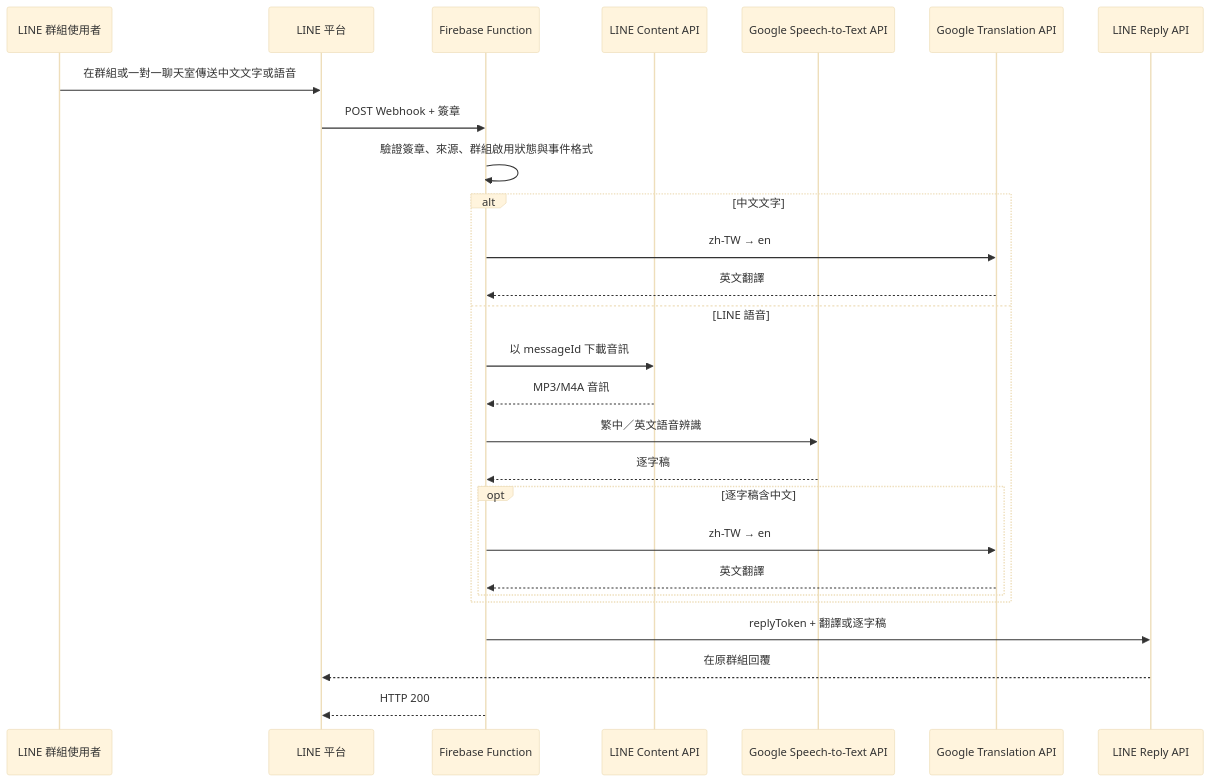
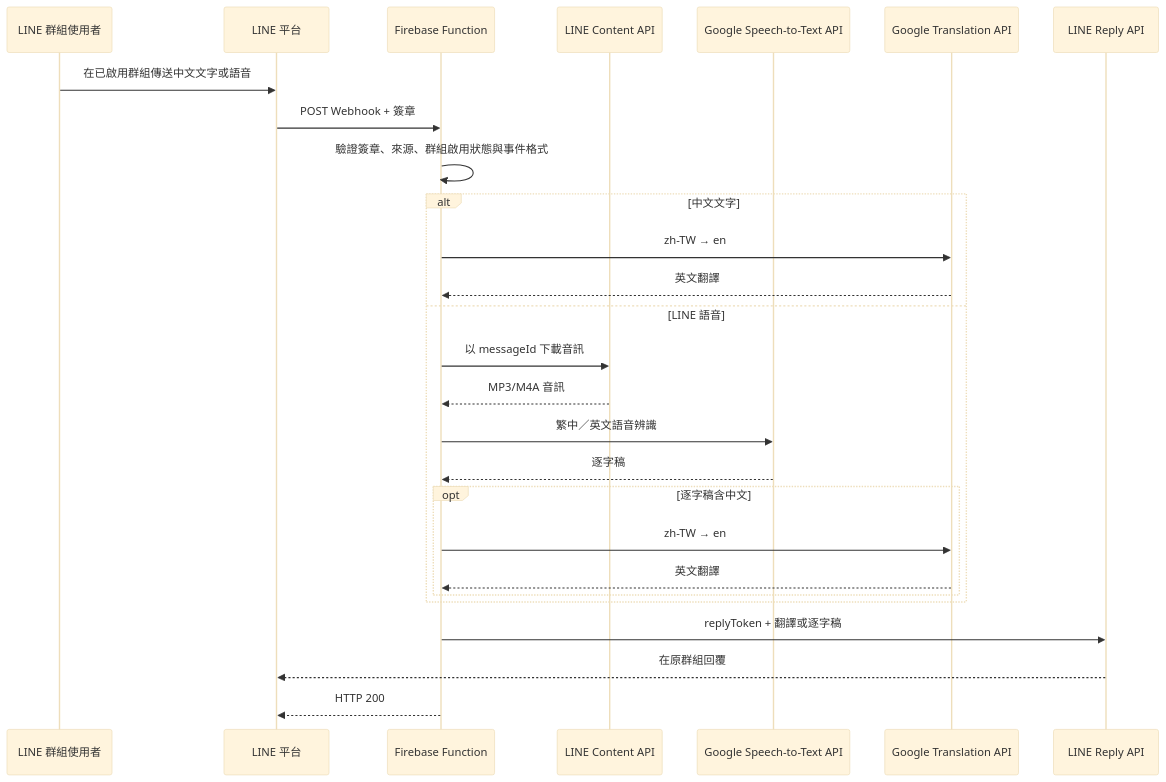
The diagram in docs/系統運作方式與架構說明.md (robinli/line-oa-zh-en-translator), drawn with Mermaid (base theme) before and after one commit. The commit also changed other lines of this file and 10 other files, not shown here.

````diff
--- a/docs/系統運作方式與架構說明.md
+++ b/docs/系統運作方式與架構說明.md
@@ -5,30 +5,30 @@
 ```mermaid
 sequenceDiagram
     participant User as LINE 群組使用者
     participant LINE as LINE 平台
     participant Fn as Firebase Function
     participant Content as LINE Content API
     participant Speech as Google Speech-to-Text API
     participant Translate as Google Translation API
     participant Reply as LINE Reply API
 
-    User->>LINE: 在群組或一對一聊天室傳送中文文字或語音
+    User->>LINE: 在已啟用群組傳送中文文字或語音
     LINE->>Fn: POST Webhook + 簽章
     Fn->>Fn: 驗證簽章、來源、群組啟用狀態與事件格式
     alt 中文文字
         Fn->>Translate: zh-TW → en
         Translate-->>Fn: 英文翻譯
     else LINE 語音
         Fn->>Content: 以 messageId 下載音訊
         Content-->>Fn: MP3/M4A 音訊
         Fn->>Speech: 繁中／英文語音辨識
         Speech-->>Fn: 逐字稿
         opt 逐字稿含中文
             Fn->>Translate: zh-TW → en
             Translate-->>Fn: 英文翻譯
         end
     end
     Fn->>Reply: replyToken + 翻譯或逐字稿
     Reply-->>LINE: 在原群組回覆
     Fn-->>LINE: HTTP 200
 ```
````
